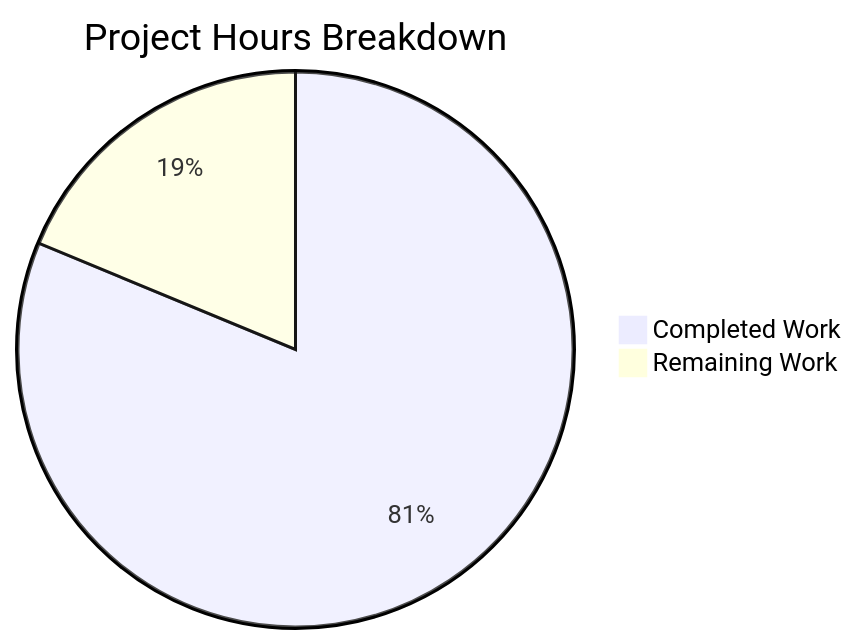
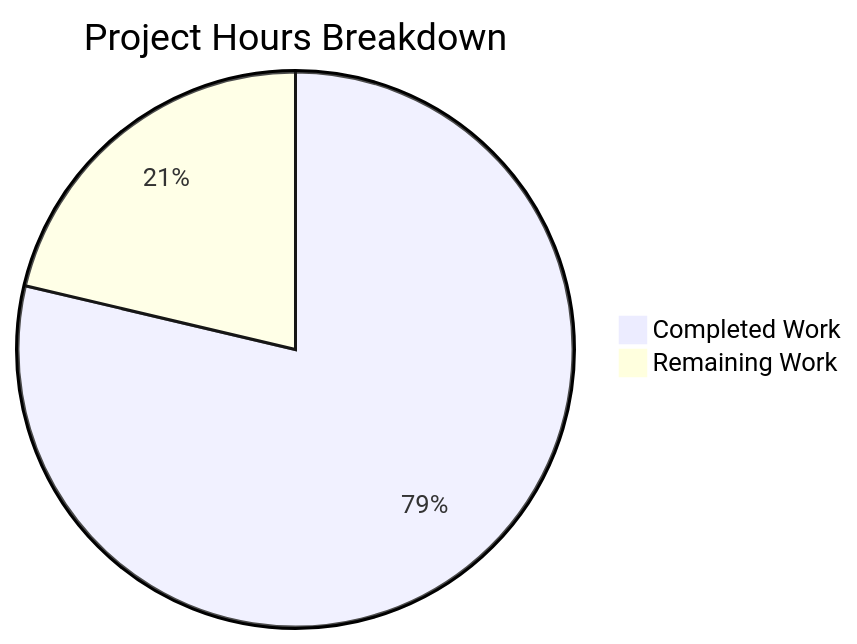
The diagram in blitzy/documentation/Project Guide.md (lakshya-blitzy/Dec_repo_with_valid_mul_files), drawn with Mermaid before and after one commit. The commit also changed other lines of this file, not shown here.

Commit message:
Adding Blitzy Project Guide: Project Status and Human Tasks Remaining

````diff
--- a/blitzy/documentation/Project Guide.md
+++ b/blitzy/documentation/Project Guide.md
@@ -29,5 +67,5 @@
 ```mermaid
 pie title Project Hours Breakdown
-    "Completed Work" : 26
-    "Remaining Work" : 6
+    "Completed Work" : 48
+    "Remaining Work" : 13
 ```
````
